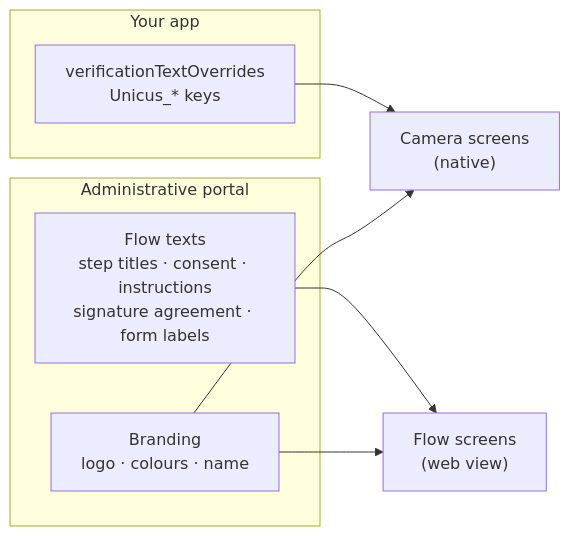
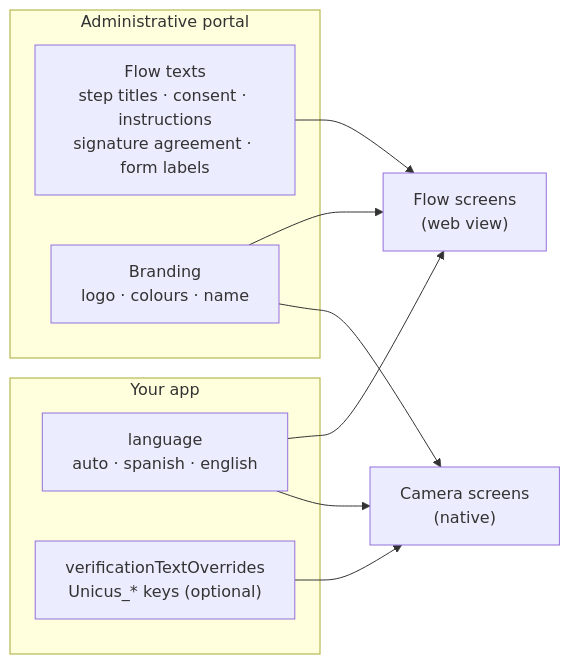
Before and after one commit to tekbees/unicus-docs: the diagram in unicus/mobile-sdk/flutter/texts-and-languages.md, drawn with Mermaid. The commit also changed other lines of this file and 45 other files, not shown here.

````diff
--- a/unicus/mobile-sdk/flutter/texts-and-languages.md
+++ b/unicus/mobile-sdk/flutter/texts-and-languages.md
@@ -12,14 +31,17 @@
 ```mermaid
 flowchart LR
   subgraph app["Your app"]
-    O["verificationTextOverrides<br/>Unicus_* keys"]
+    L["language<br/>auto · spanish · english"]
+    O["verificationTextOverrides<br/>Unicus_* keys (optional)"]
   end
   subgraph portal["Administrative portal"]
     F["Flow texts<br/>step titles · consent · instructions<br/>signature agreement · form labels"]
     B["Branding<br/>logo · colours · name"]
   end
-  O --> C["Camera screens<br/>(native)"]
+  L --> C["Camera screens<br/>(native)"]
+  O --> C
   B --> C
-  F --> W["Flow screens<br/>(web view)"]
+  L --> W["Flow screens<br/>(web view)"]
+  F --> W
   B --> W
 ```
````
